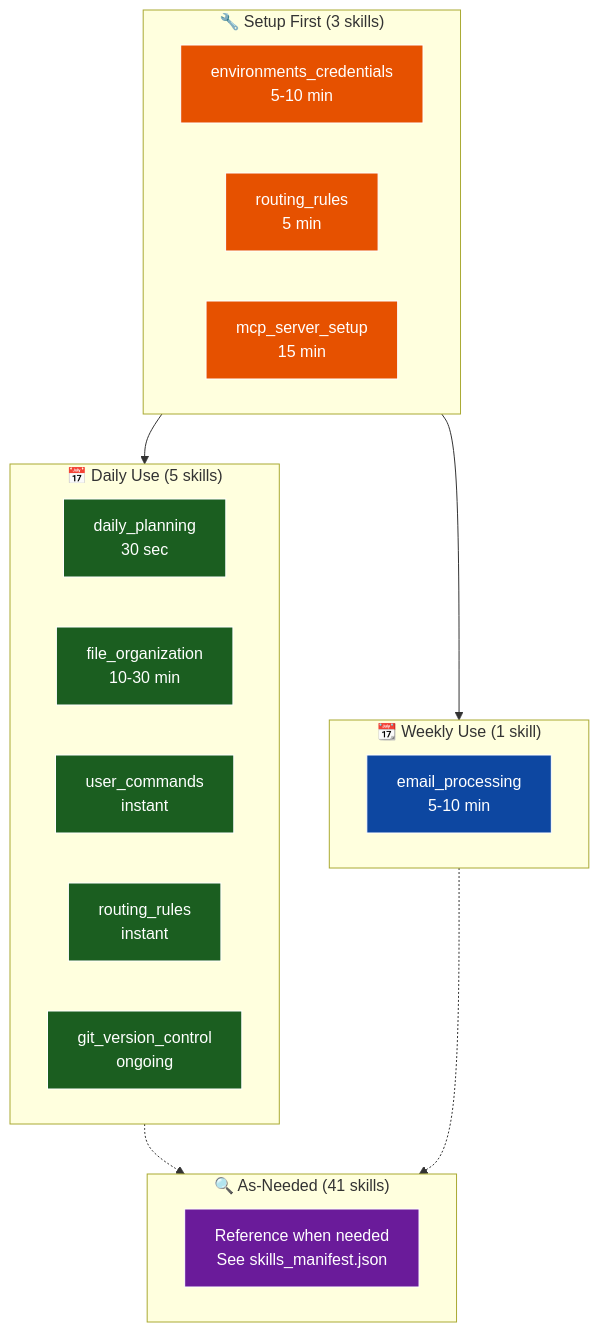
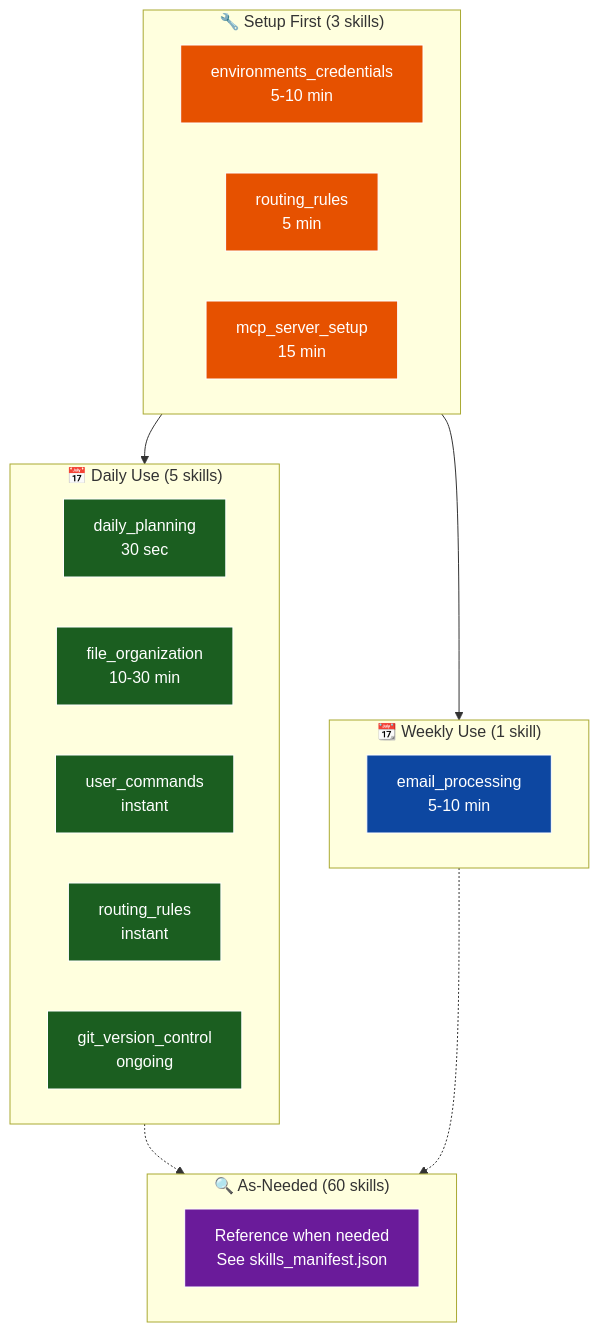
Before and after one commit to adourish/skills: the sixth of 11 diagrams in README.md, drawn with Mermaid. The commit also changed other lines of this file and 1 other file, not shown here.

First line of the commit message:
Add README maintenance skill and update to 69 total skills

````diff
--- a/README.md
+++ b/README.md
@@ -953,40 +963,40 @@
 ```mermaid
 graph TB
     subgraph Daily["📅 Daily Use (5 skills)"]
         D1[daily_planning<br/>30 sec]
         D2[file_organization<br/>10-30 min]
         D3[user_commands<br/>instant]
         D4[routing_rules<br/>instant]
         D5[git_version_control<br/>ongoing]
     end
     
     subgraph Weekly["📆 Weekly Use (1 skill)"]
         W1[email_processing<br/>5-10 min]
     end
     
     subgraph Setup["🔧 Setup First (3 skills)"]
         S1[environments_credentials<br/>5-10 min]
         S2[routing_rules<br/>5 min]
         S3[mcp_server_setup<br/>15 min]
     end
     
-    subgraph AsNeeded["🔍 As-Needed (41 skills)"]
+    subgraph AsNeeded["🔍 As-Needed (60 skills)"]
         AN[Reference when needed<br/>See skills_manifest.json]
     end
     
     Setup --> Daily
     Setup --> Weekly
     Daily -.-> AsNeeded
     Weekly -.-> AsNeeded
     
     style D1 fill:#1b5e20,stroke:#ffffff,color:#ffffff
     style D2 fill:#1b5e20,stroke:#ffffff,color:#ffffff
     style D3 fill:#1b5e20,stroke:#ffffff,color:#ffffff
     style D4 fill:#1b5e20,stroke:#ffffff,color:#ffffff
     style D5 fill:#1b5e20,stroke:#ffffff,color:#ffffff
     style W1 fill:#0d47a1,stroke:#ffffff,color:#ffffff
     style S1 fill:#e65100,stroke:#ffffff,color:#ffffff
     style S2 fill:#e65100,stroke:#ffffff,color:#ffffff
     style S3 fill:#e65100,stroke:#ffffff,color:#ffffff
     style AN fill:#6a1b9a,stroke:#ffffff,color:#ffffff
 ```
````
